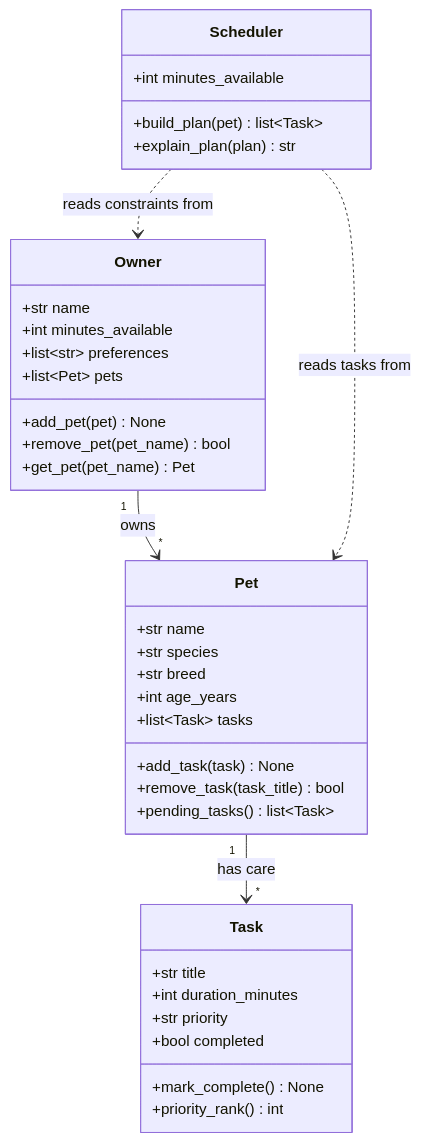
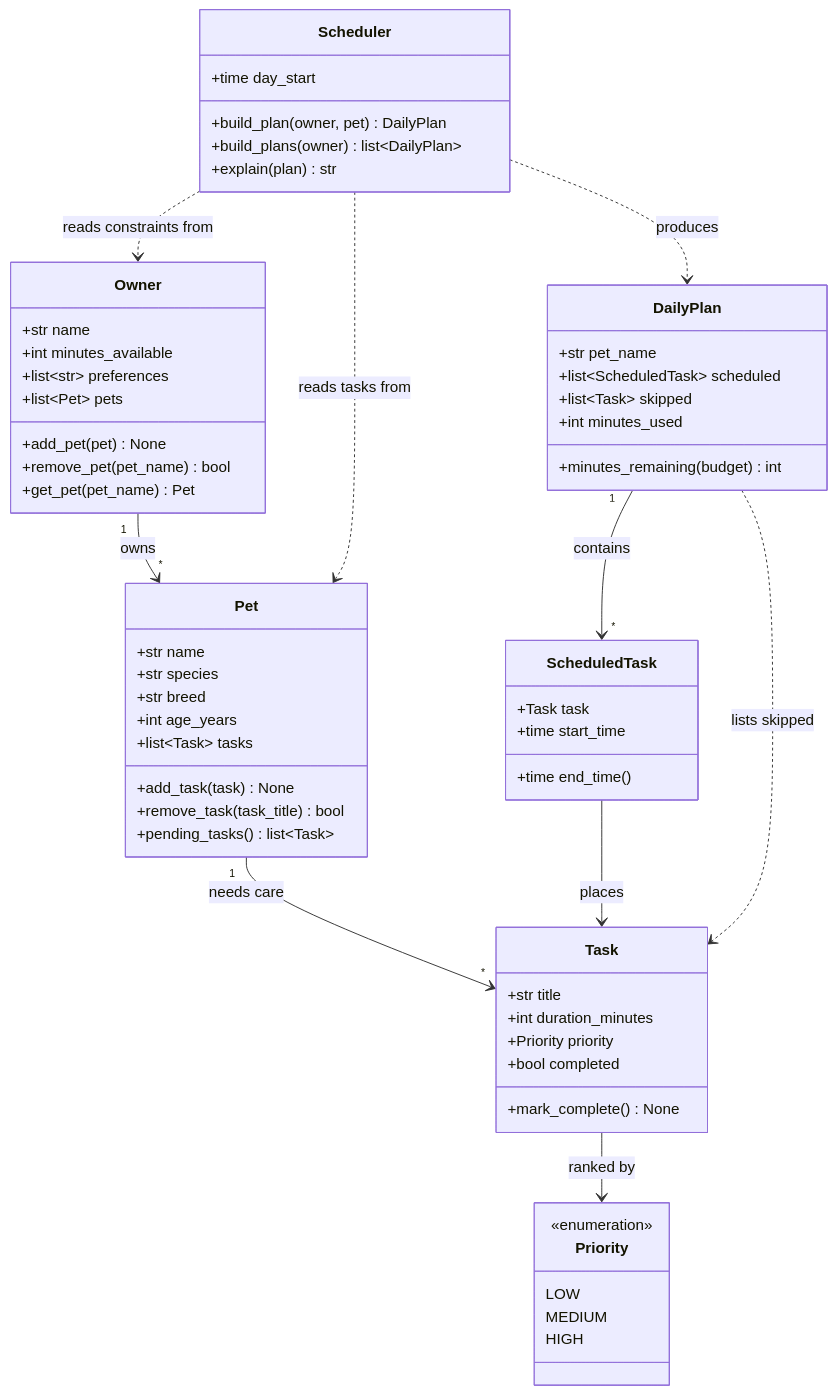
One commit to Somama12/Assign3 changed the diagram in diagrams/uml.mmd. Above: the diagram before and after it, drawn with Mermaid. The commit also changed 2 other files, not shown here.

Commit message:
refactor: revise UML and skeleton after design review
Add ScheduledTask/DailyPlan so plans carry times and skipped tasks, replace
the string priority with a Priority IntEnum, drop the duplicated time budget
on Scheduler, and add multi-pet planning. Document the design in reflection.md.

```diff
--- a/diagrams/uml.mmd
+++ b/diagrams/uml.mmd
@@ -1,43 +1,71 @@
 classDiagram
-    %% PawPal+ initial design (Phase 1 draft)
+    %% PawPal+ system design (Phase 1)
+    %% Revised after reviewing the skeleton: added Priority, ScheduledTask and
+    %% DailyPlan so a plan can carry times, skipped tasks and its explanation.
 
     class Owner {
         +str name
         +int minutes_available
         +list~str~ preferences
         +list~Pet~ pets
         +add_pet(pet) None
         +remove_pet(pet_name) bool
         +get_pet(pet_name) Pet
     }
 
     class Pet {
         +str name
         +str species
         +str breed
         +int age_years
         +list~Task~ tasks
         +add_task(task) None
         +remove_task(task_title) bool
         +pending_tasks() list~Task~
     }
 
     class Task {
         +str title
         +int duration_minutes
-        +str priority
+        +Priority priority
         +bool completed
         +mark_complete() None
-        +priority_rank() int
+    }
+
+    class Priority {
+        <<enumeration>>
+        LOW
+        MEDIUM
+        HIGH
+    }
+
+    class ScheduledTask {
+        +Task task
+        +time start_time
+        +time end_time()
+    }
+
+    class DailyPlan {
+        +str pet_name
+        +list~ScheduledTask~ scheduled
+        +list~Task~ skipped
+        +int minutes_used
+        +minutes_remaining(budget) int
     }
 
     class Scheduler {
-        +int minutes_available
-        +build_plan(pet) list~Task~
-        +explain_plan(plan) str
+        +time day_start
+        +build_plan(owner, pet) DailyPlan
+        +build_plans(owner) list~DailyPlan~
+        +explain(plan) str
     }
 
     Owner "1" --> "*" Pet : owns
-    Pet "1" --> "*" Task : has care
+    Pet "1" --> "*" Task : needs care
+    Task --> Priority : ranked by
+    ScheduledTask --> Task : places
+    DailyPlan "1" --> "*" ScheduledTask : contains
+    DailyPlan ..> Task : lists skipped
+    Scheduler ..> Owner : reads constraints from
     Scheduler ..> Pet : reads tasks from
-    Scheduler ..> Owner : reads constraints from
+    Scheduler ..> DailyPlan : produces
```
